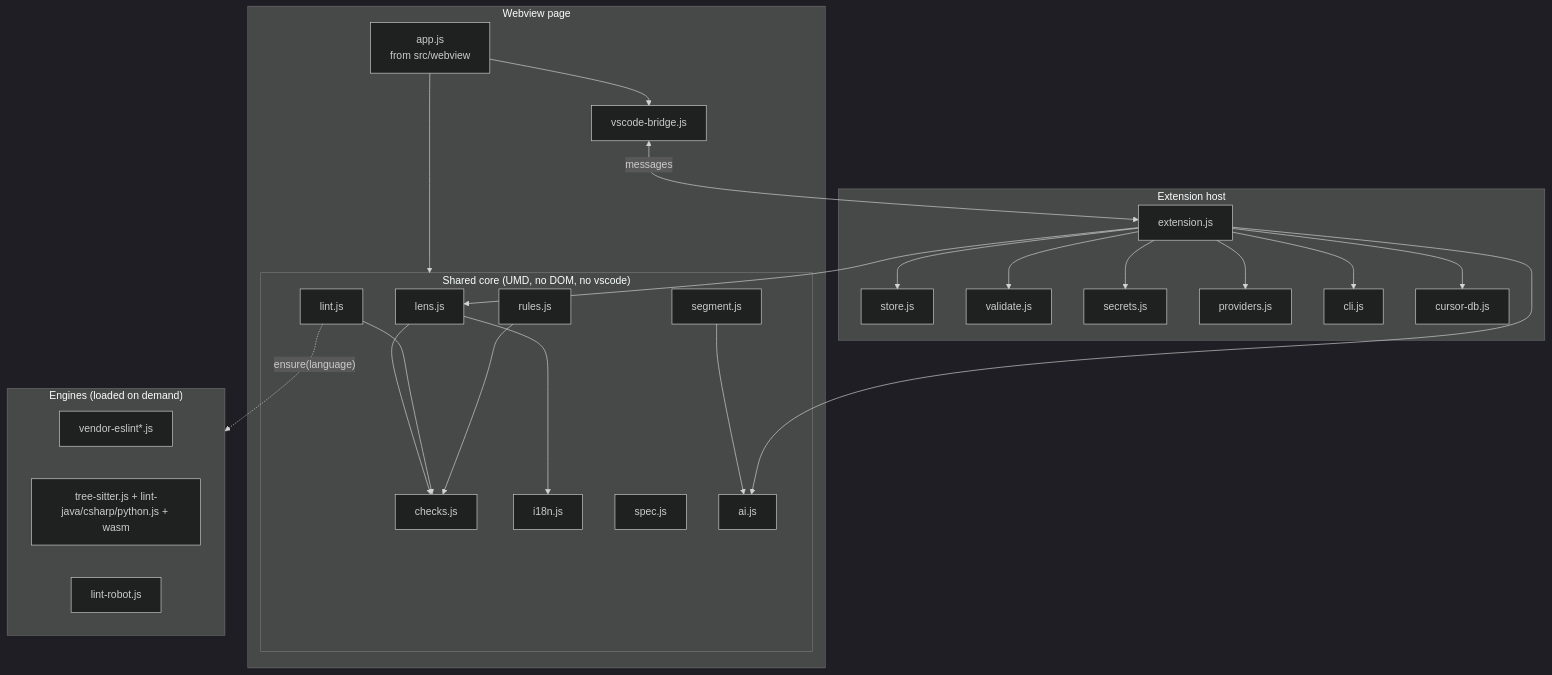
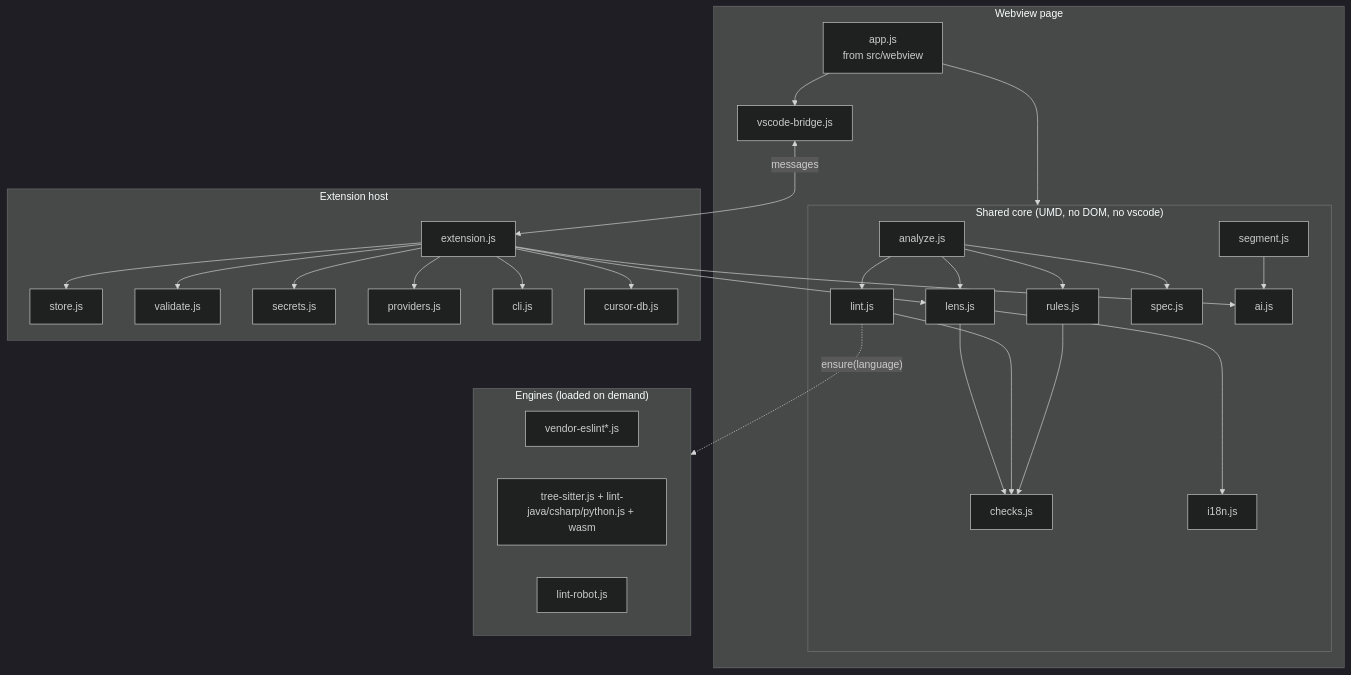
The third of 13 diagrams in docs/ARCHITECTURE.md (nikolaylosev/sessionlens), drawn with Mermaid (dark theme) before and after one commit. The commit also changed other lines of this file and 11 other files, not shown here.

````diff
--- a/docs/ARCHITECTURE.md
+++ b/docs/ARCHITECTURE.md
@@ -175,29 +177,30 @@
 ```mermaid
 flowchart TB
   subgraph Page["Webview page"]
     APP[app.js<br/>from src/webview] --> CORE
     BRIDGE[vscode-bridge.js]
     APP --> BRIDGE
   end
   subgraph CORE["Shared core (UMD, no DOM, no vscode)"]
     LENS[lens.js] --> CHK[checks.js]
     LENS --> I18N[i18n.js]
     LINT[lint.js] --> CHK
     RULES[rules.js] --> CHK
     SPEC[spec.js]
+    ANZ[analyze.js] --> LENS & LINT & RULES & SPEC
     AI[ai.js]
     SEG[segment.js] --> AI
   end
   subgraph ENG["Engines (loaded on demand)"]
     ESL[vendor-eslint*.js]
     TS[tree-sitter.js + lint-java/csharp/python.js + wasm]
     ROBOT[lint-robot.js]
   end
   LINT -. ensure(language) .-> ENG
   subgraph HostSide["Extension host"]
     EXTJS[extension.js] --> LENS
     EXTJS --> AI
     EXTJS --> STOREJS[store.js] & VALJS[validate.js] & SECJS[secrets.js] & PROVJS[providers.js] & CLIJS[cli.js] & CDBJS[cursor-db.js]
   end
   BRIDGE <-->|messages| EXTJS
 ```
````
